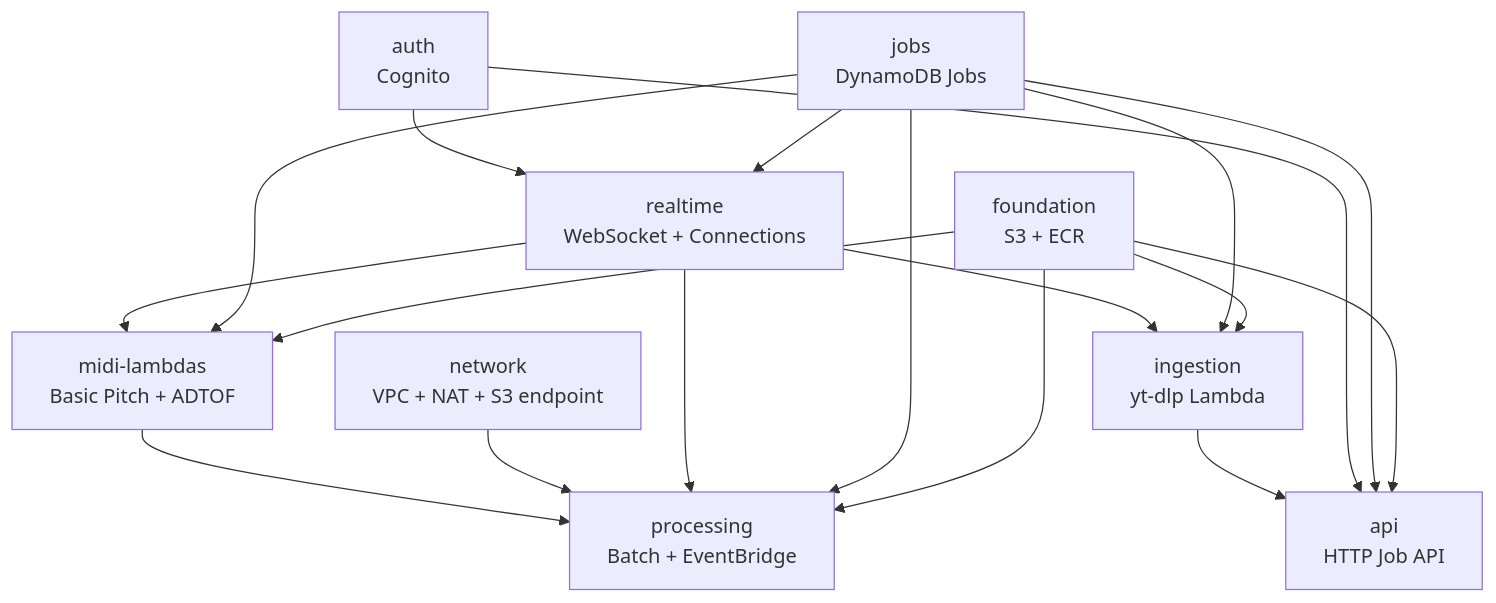
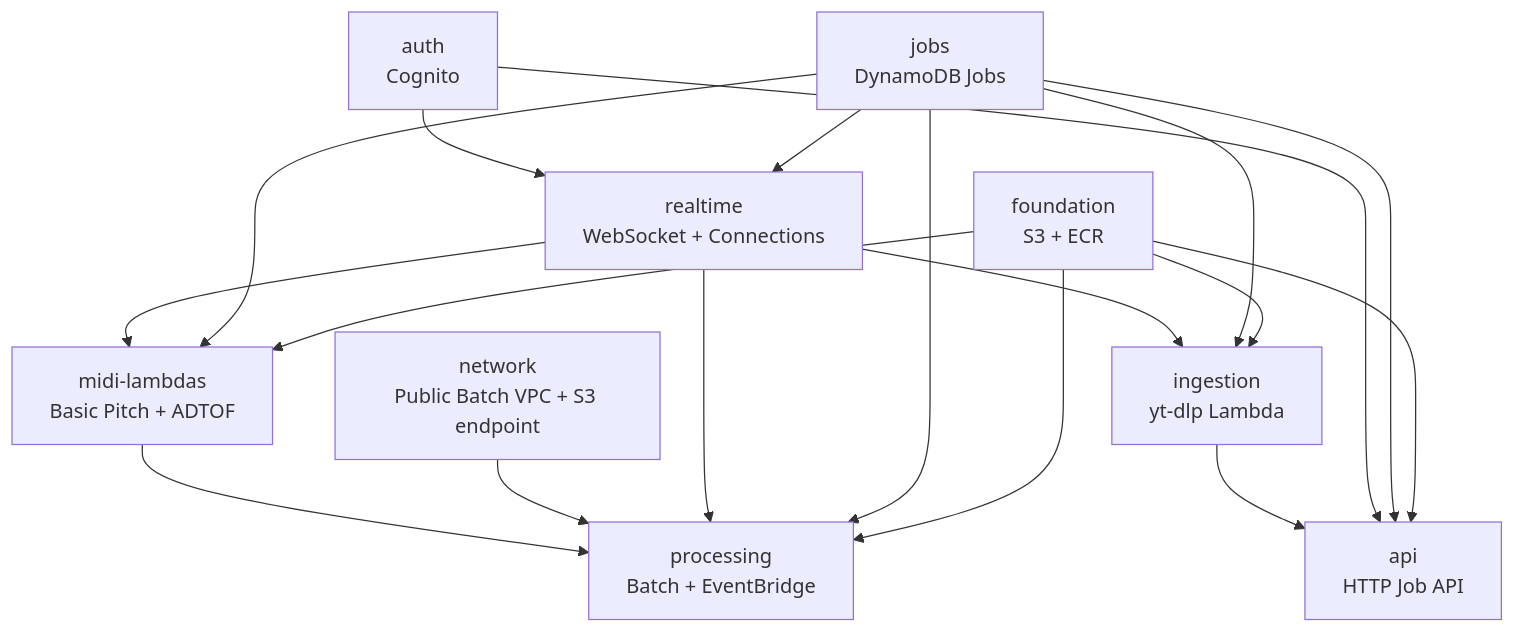
One commit to Y1ktor/CloudDSP changed the third of 3 diagrams in docs/architecture.md. Above: the diagram before and after it, drawn with Mermaid. The commit also changed other lines of this file and 11 other files, not shown here.

```diff
--- a/docs/architecture.md
+++ b/docs/architecture.md
@@ -772,30 +780,30 @@
 ~~~mermaid
 flowchart TD
     Foundation["foundation<br/>S3 + ECR"]
     Jobs["jobs<br/>DynamoDB Jobs"]
     Auth["auth<br/>Cognito"]
-    Network["network<br/>VPC + NAT + S3 endpoint"]
+    Network["network<br/>Public Batch VPC + S3 endpoint"]
     Realtime["realtime<br/>WebSocket + Connections"]
     Midi["midi-lambdas<br/>Basic Pitch + ADTOF"]
     Ingestion["ingestion<br/>yt-dlp Lambda"]
     Processing["processing<br/>Batch + EventBridge"]
     Api["api<br/>HTTP Job API"]
 
     Jobs --> Realtime
     Auth --> Realtime
     Foundation --> Midi
     Jobs --> Midi
     Realtime --> Midi
     Foundation --> Ingestion
     Jobs --> Ingestion
     Realtime --> Ingestion
     Foundation --> Processing
     Jobs --> Processing
     Realtime --> Processing
     Network --> Processing
     Midi --> Processing
     Foundation --> Api
     Jobs --> Api
     Auth --> Api
     Ingestion --> Api
 ~~~
```
